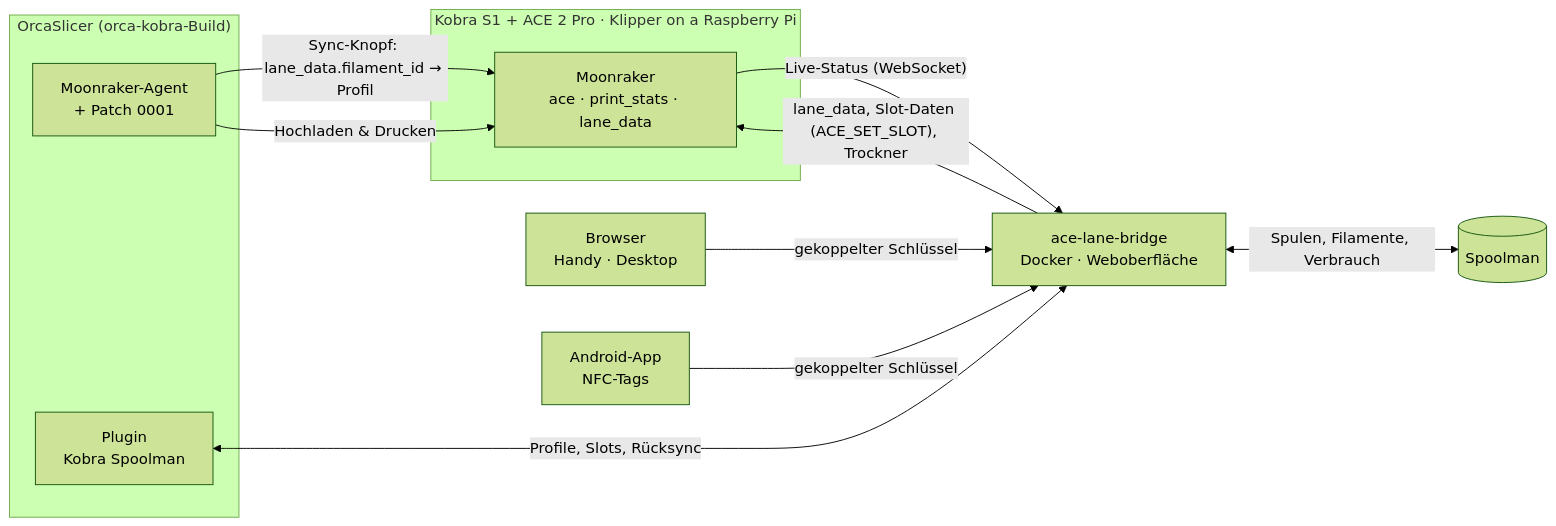
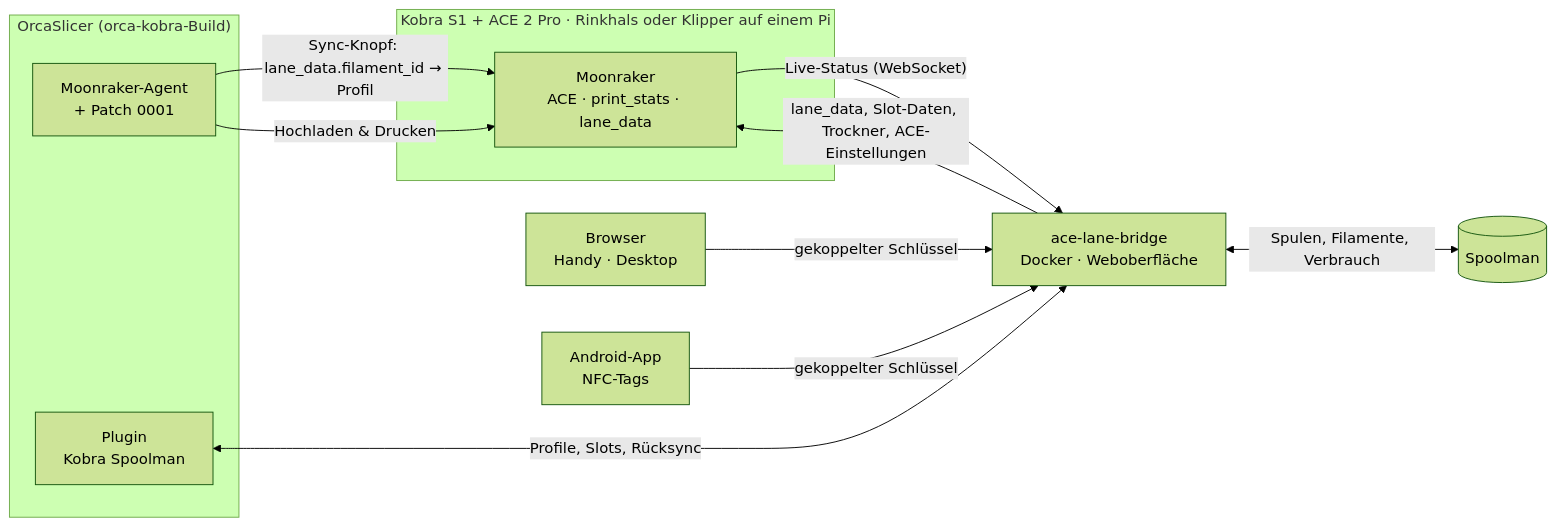
The diagram in README.de.md (xNoVoSx/kobra-spoolman), drawn with Mermaid (forest theme) before and after one commit. The commit also changed other lines of this file and 41 other files, not shown here.

First line of the commit message:
Release 3.12.0 (plugin 0.7.0, app 1.15.0): docs for both setups (Rinkhals, Klipper + ACEPRO), AI notice, English screenshots

````diff
--- a/README.de.md
+++ b/README.de.md
@@ -64,23 +70,23 @@
 ```mermaid
 flowchart LR
-    subgraph Printer["Kobra S1 + ACE 2 Pro · Klipper on a Raspberry Pi"]
-        MR[Moonraker<br/>ace · print_stats · lane_data]
+    subgraph Printer["Kobra S1 + ACE 2 Pro · Rinkhals oder Klipper auf einem Pi"]
+        MR[Moonraker<br/>ACE · print_stats · lane_data]
     end
     SM[(Spoolman)]
     BR[ace-lane-bridge<br/>Docker · Weboberfläche]
     subgraph PC["OrcaSlicer (orca-kobra-Build)"]
         AG[Moonraker-Agent<br/>+ Patch 0001]
         PL[Plugin<br/>Kobra Spoolman]
     end
     Web[Browser<br/>Handy · Desktop]
     App[Android-App<br/>NFC-Tags]
 
     MR -- "Live-Status (WebSocket)" --> BR
-    BR -- "lane_data, Slot-Daten (ACE_SET_SLOT), Trockner" --> MR
+    BR -- "lane_data, Slot-Daten, Trockner, ACE-Einstellungen" --> MR
     BR <-->|"Spulen, Filamente, Verbrauch"| SM
     Web -- "gekoppelter Schlüssel" --> BR
     App -- "gekoppelter Schlüssel" --> BR
     PL <-->|"Profile, Slots, Rücksync"| BR
     AG -- "Sync-Knopf: lane_data.filament_id → Profil" --> MR
     AG -- "Hochladen & Drucken" --> MR
 ```
````
